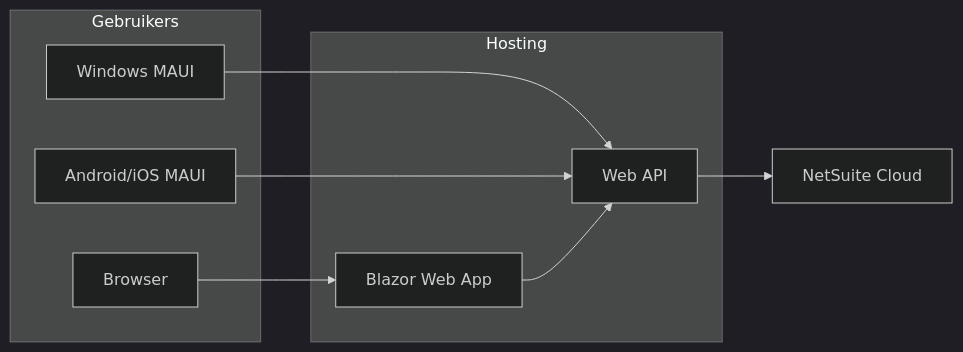
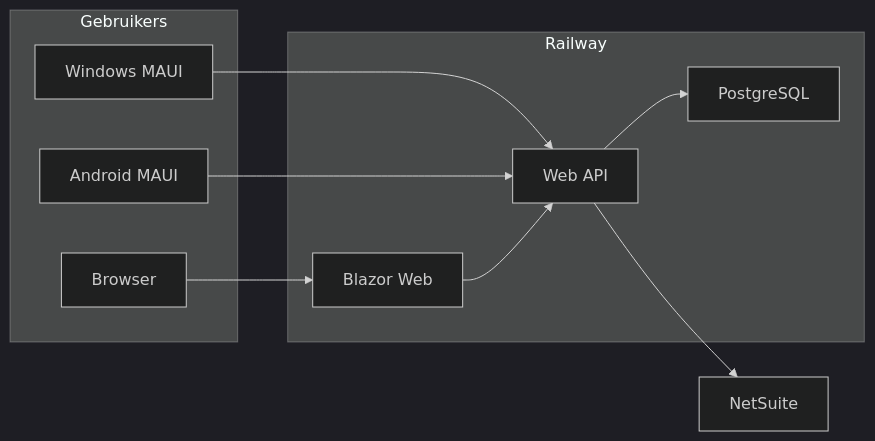
Before and after one commit to JorikLeemans/TebiDashboard: the third of 3 diagrams in docs/architectuur.md, drawn with Mermaid (dark theme). The commit also changed other lines of this file and 12 other files, not shown here.

````diff
--- a/docs/architectuur.md
+++ b/docs/architectuur.md
@@ -150,21 +159,23 @@
 ```mermaid
 flowchart LR
     subgraph users [Gebruikers]
         Browser[Browser]
         WinApp[Windows MAUI]
-        Mobile[Android/iOS MAUI]
+        Mobile[Android MAUI]
     end
 
-    subgraph hosting [Hosting]
-        WebHost[Blazor Web App]
+    subgraph hosting [Railway]
+        WebHost[Blazor Web]
         ApiHost[Web API]
+        DbHost[PostgreSQL]
     end
 
-    NS[NetSuite Cloud]
+    NS[NetSuite]
 
     Browser --> WebHost
     WinApp --> ApiHost
     Mobile --> ApiHost
     WebHost --> ApiHost
+    ApiHost --> DbHost
     ApiHost --> NS
 ```
````
